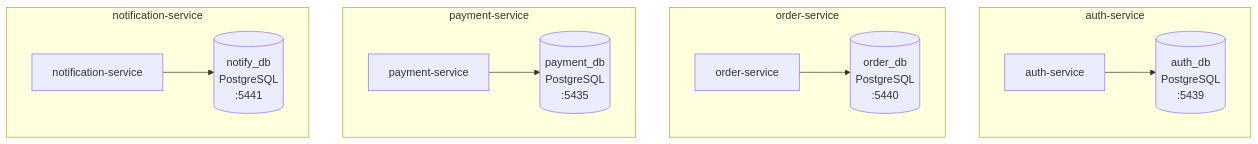
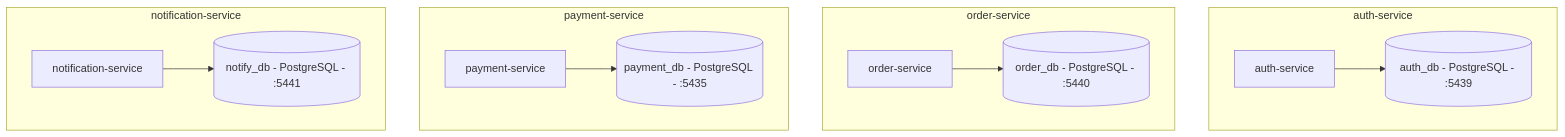
The tenth of 21 diagrams in profile/README.md (Food-Delivery-Aggregator/.github), drawn with Mermaid before and after one commit. The commit also changed other lines of this file, not shown here.

Commit message:
Refactor mermaid diagrams for clarity and consistency

````diff
--- a/profile/README.md
+++ b/profile/README.md
@@ -786,27 +783,27 @@
 ```mermaid
-graph TB
+flowchart TB
     subgraph "auth-service"
         AUTH_SVC["auth-service"]
-        AUTH_DB[("auth_db\nPostgreSQL\n:5439")]
+        AUTH_DB[("auth_db - PostgreSQL - :5439")]
     end
 
     subgraph "order-service"
         ORDER_SVC["order-service"]
-        ORDER_DB[("order_db\nPostgreSQL\n:5440")]
+        ORDER_DB[("order_db - PostgreSQL - :5440")]
     end
 
     subgraph "payment-service"
         PAY_SVC["payment-service"]
-        PAY_DB[("payment_db\nPostgreSQL\n:5435")]
+        PAY_DB[("payment_db - PostgreSQL - :5435")]
     end
 
     subgraph "notification-service"
         NOTIF_SVC["notification-service"]
-        NOTIF_DB[("notify_db\nPostgreSQL\n:5441")]
+        NOTIF_DB[("notify_db - PostgreSQL - :5441")]
     end
 
     AUTH_SVC --> AUTH_DB
     ORDER_SVC --> ORDER_DB
     PAY_SVC --> PAY_DB
     NOTIF_SVC --> NOTIF_DB
 ```
````
